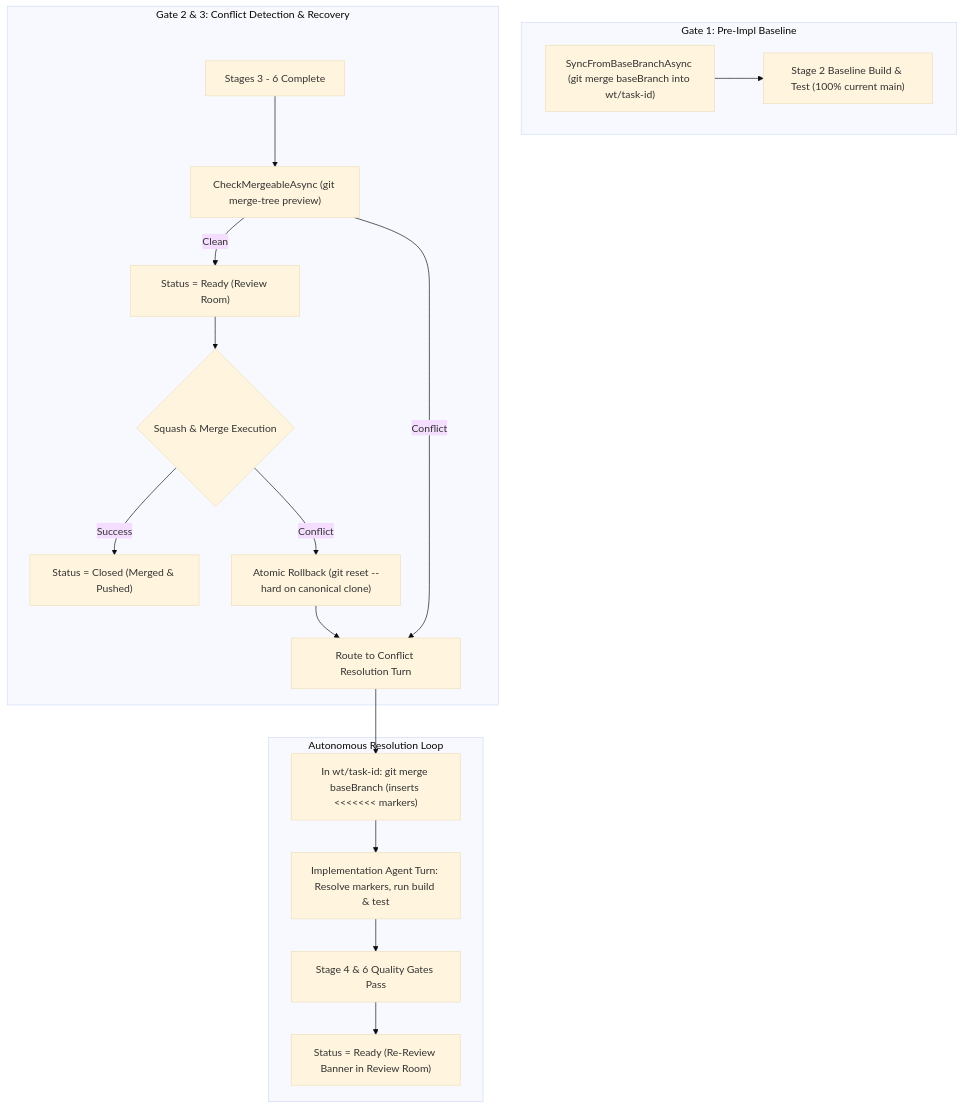
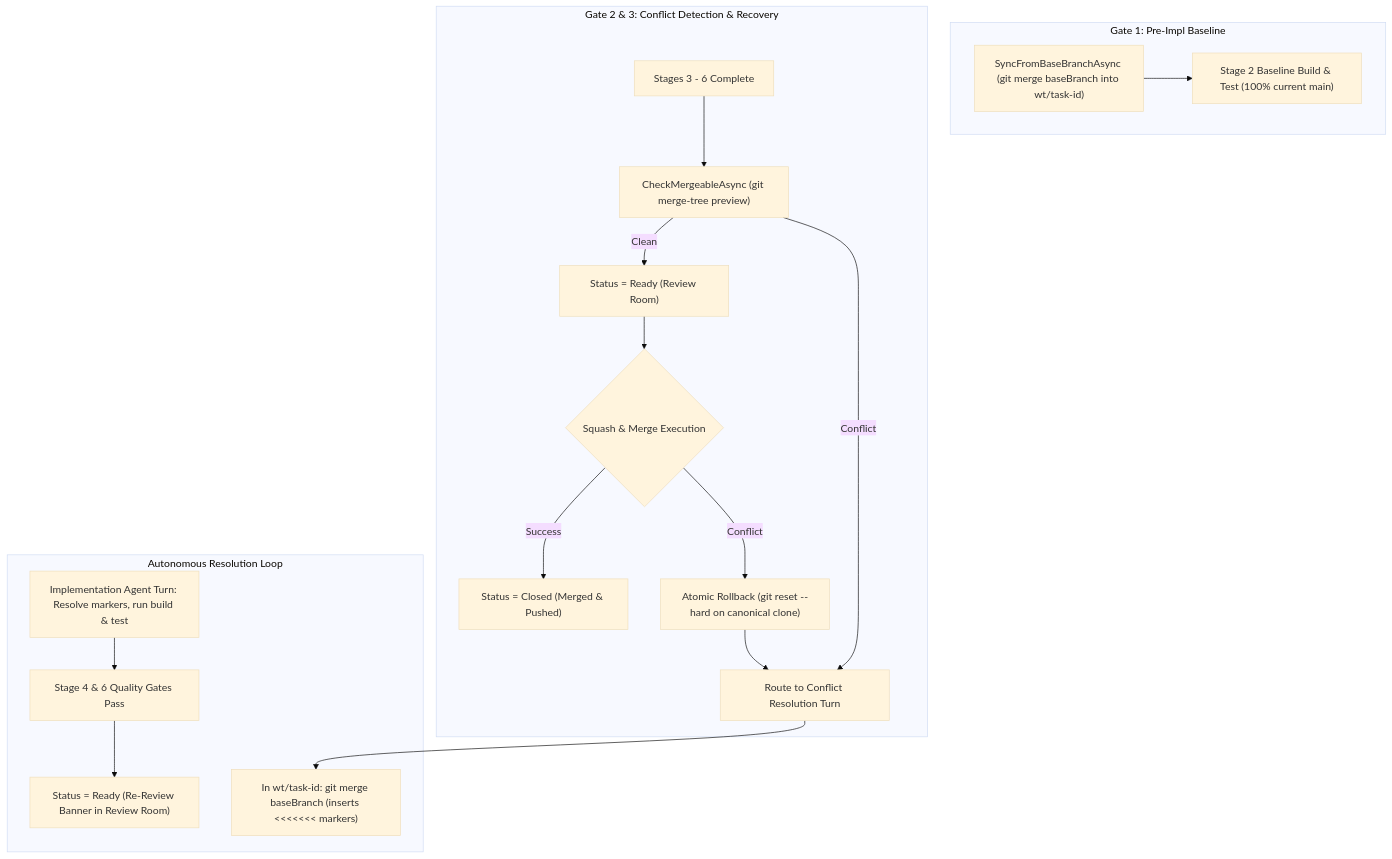
One commit to jetelain/NightCodeForge changed the eighth of 9 diagrams in docs/plan/11_EXTEND_FEATURES.md. Above: the diagram before and after it, drawn with Mermaid (base theme). The commit also changed other lines of this file and 20 other files, not shown here.

````diff
--- a/docs/plan/11_EXTEND_FEATURES.md
+++ b/docs/plan/11_EXTEND_FEATURES.md
@@ -186,25 +145,25 @@
 ```mermaid
 flowchart TD
     subgraph S1 ["Gate 1: Pre-Impl Baseline"]
         SyncBase["SyncFromBaseBranchAsync (git merge baseBranch into wt/task-id)"]
         BaseRun["Stage 2 Baseline Build & Test (100% current main)"]
         SyncBase --> BaseRun
     end
 
     subgraph S2 ["Gate 2 & 3: Conflict Detection & Recovery"]
         VerifyDone["Stages 3 - 6 Complete"] --> CheckMerge["CheckMergeableAsync (git merge-tree preview)"]
         CheckMerge -->|Clean| Ready["Status = Ready (Review Room)"]
         CheckMerge -->|Conflict| RouteConflict["Route to Conflict Resolution Turn"]
         Ready --> SquashMerge{"Squash & Merge Execution"}
         SquashMerge -->|Success| Closed["Status = Closed (Merged & Pushed)"]
         SquashMerge -->|Conflict| Abort["Atomic Rollback (git reset --hard on canonical clone)"]
         Abort --> RouteConflict
     end
 
     subgraph S3 ["Autonomous Resolution Loop"]
         RouteConflict --> Markers["In wt/task-id: git merge baseBranch (inserts <<<<<<< markers)"]
-        Markers --> AgentResolve["Implementation Agent Turn: Resolve markers, run build & test"]
+        AgentResolve["Implementation Agent Turn: Resolve markers, run build & test"]
         AgentResolve --> GatePass["Stage 4 & 6 Quality Gates Pass"]
         GatePass --> ReReview["Status = Ready (Re-Review Banner in Review Room)"]
     end
 ```
````
